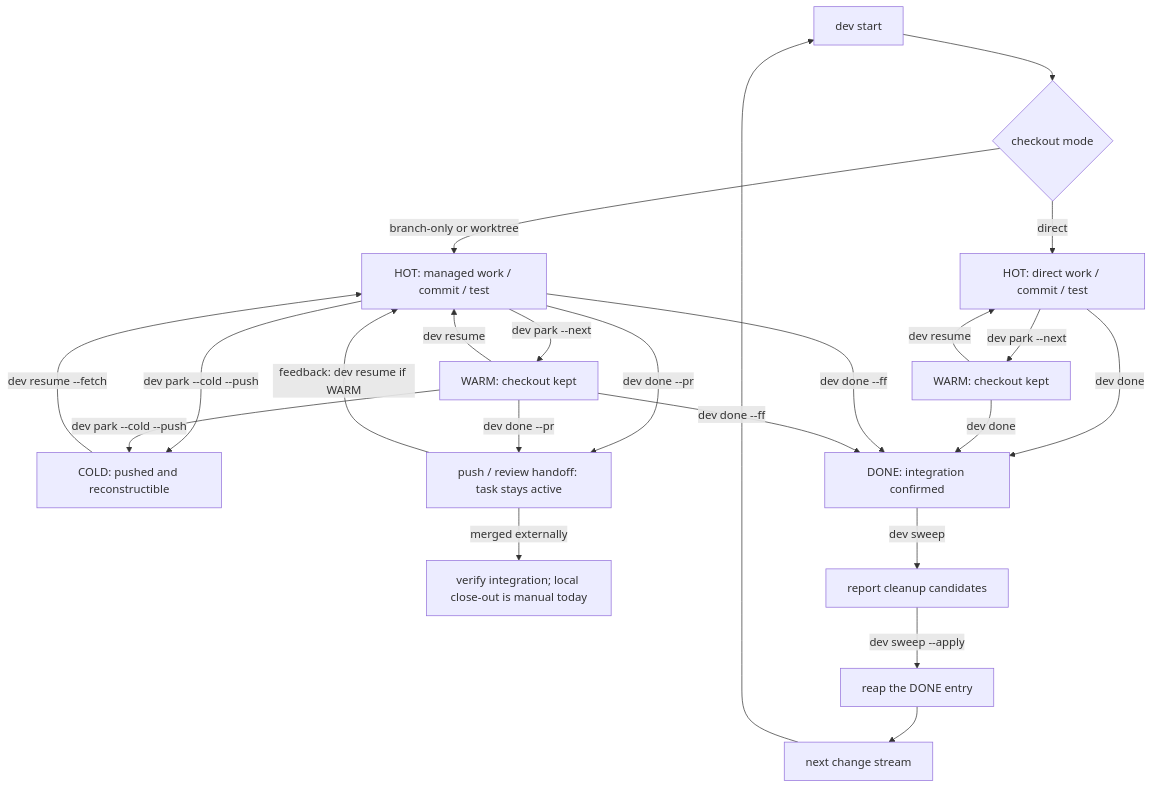
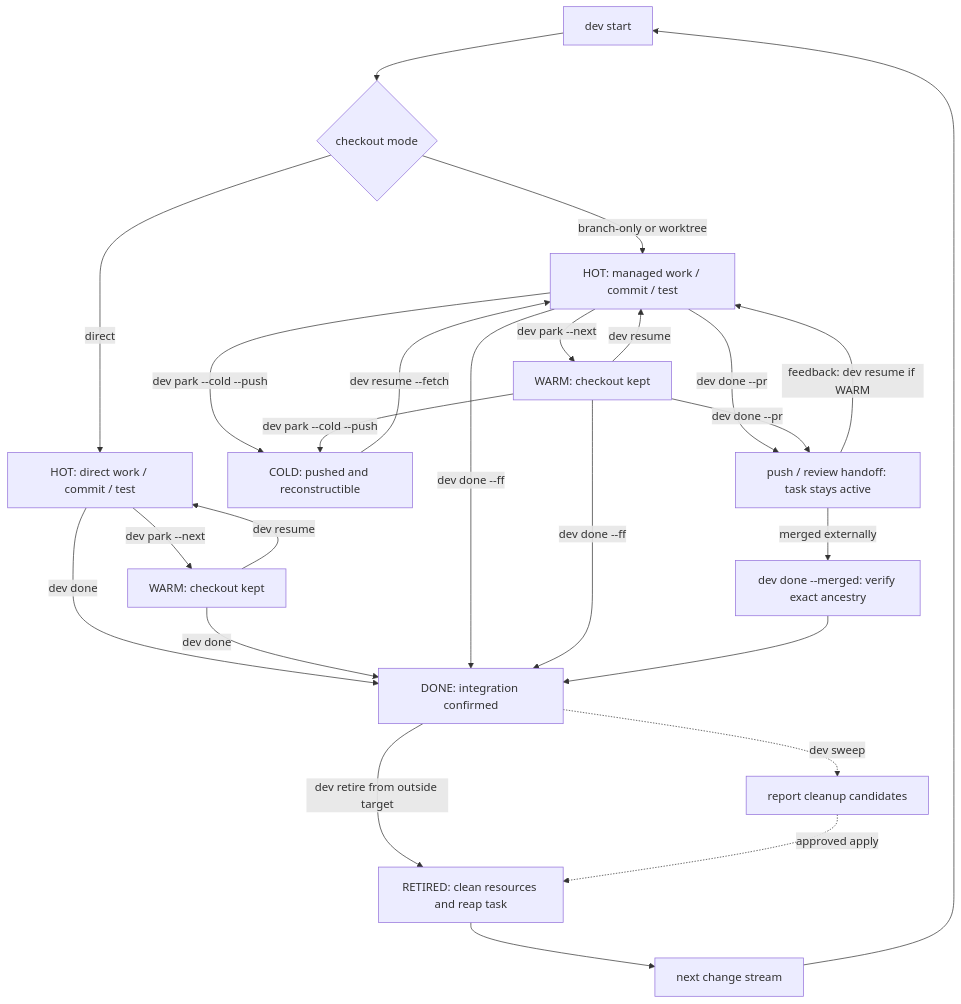
Before and after one commit to daviddwlee84/dev-cli: the diagram in docs/guides/change-stream-workflow.md, drawn with Mermaid. The commit also changed other lines of this file and 120 other files, not shown here.

Commit message:
feat: add guarded repository lifecycle flow

````diff
--- a/docs/guides/change-stream-workflow.md
+++ b/docs/guides/change-stream-workflow.md
@@ -14,32 +14,34 @@
 ```mermaid
 flowchart TD
     accTitle: dev-cli change-stream workflow
-    accDescr: A change stream starts in direct, branch-only, or worktree mode and cycles through active, parked, and resumed work. Direct completion or local fast-forward reaches DONE and cleanup, while review hands off a pushed branch and remains active pending manual reconciliation.
+    accDescr: A change stream starts in direct, branch-only, or worktree mode and cycles through active, parked, and resumed work. Direct or verified integration reaches DONE while resources remain, review preserves the current state, and external retirement performs cleanup.
 
     Start["dev start"] --> Mode{"checkout mode"}
     Mode -->|direct| Direct["HOT: direct work / commit / test"]
     Mode -->|branch-only or worktree| Managed["HOT: managed work / commit / test"]
 
     Direct -->|dev park --next| WarmDirect["WARM: checkout kept"]
     WarmDirect -->|dev resume| Direct
     Managed -->|dev park --next| WarmManaged["WARM: checkout kept"]
     WarmManaged -->|dev resume| Managed
     Managed -->|dev park --cold --push| Cold["COLD: pushed and reconstructible"]
     WarmManaged -->|dev park --cold --push| Cold
     Cold -->|dev resume --fetch| Managed
 
     Direct -->|dev done| Done["DONE: integration confirmed"]
     WarmDirect -->|dev done| Done
     Managed -->|dev done --ff| Done
     WarmManaged -->|dev done --ff| Done
 
     Managed -->|dev done --pr| Review["push / review handoff: task stays active"]
     WarmManaged -->|dev done --pr| Review
     Review -->|feedback: dev resume if WARM| Managed
-    Review -->|merged externally| Reconcile["verify integration; local close-out is manual today"]
+    Review -->|merged externally| Reconcile["dev done --merged: verify exact ancestry"]
+    Reconcile --> Done
 
-    Done -->|dev sweep| Report["report cleanup candidates"]
-    Report -->|dev sweep --apply| Reaped["reap the DONE entry"]
+    Done -->|dev retire from outside target| Reaped["RETIRED: clean resources and reap task"]
+    Done -.->|dev sweep| Report["report cleanup candidates"]
+    Report -.->|approved apply| Reaped
     Reaped --> Next["next change stream"]
     Next --> Start
 ```
````
